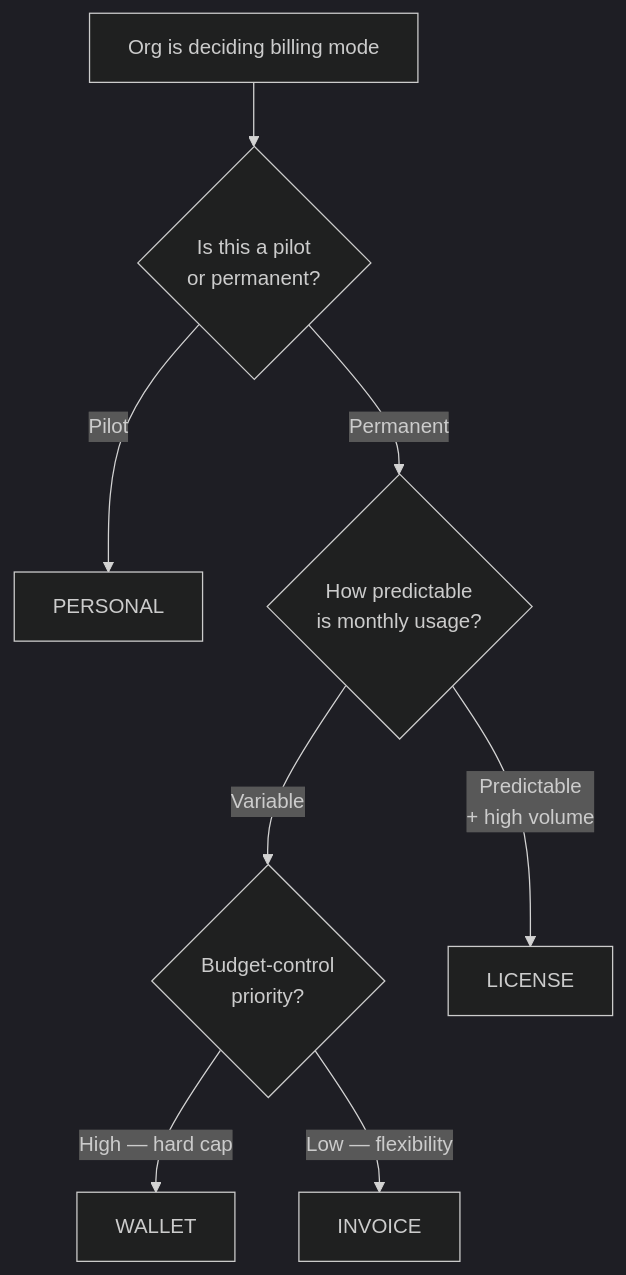
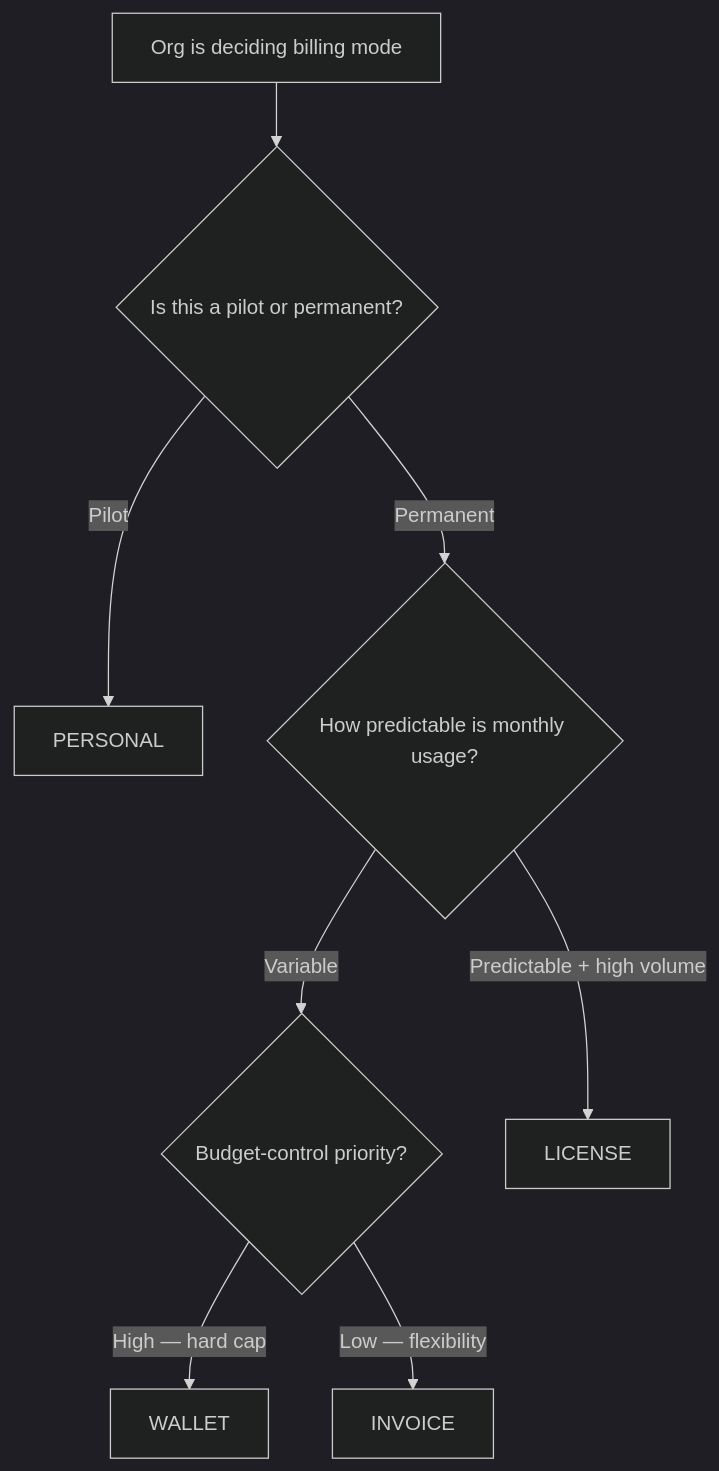
Before and after one commit to Practitionist/familiarise_web: the eighth of 24 diagrams in docs/enterprise/enterprise-complete-guide.md, drawn with Mermaid (dark theme). The commit also changed other lines of this file, not shown here.

First line of the commit message:
fix(enterprise): remove br/ from flowchart node labels

````diff
--- a/docs/enterprise/enterprise-complete-guide.md
+++ b/docs/enterprise/enterprise-complete-guide.md
@@ -552,10 +552,10 @@
 ```mermaid
 flowchart TD
-    Start[Org is deciding billing mode] --> Q1{Is this a pilot<br/>or permanent?}
+    Start[Org is deciding billing mode] --> Q1{Is this a pilot or permanent?}
     Q1 -->|Pilot| PERSONAL
-    Q1 -->|Permanent| Q2{How predictable<br/>is monthly usage?}
-    Q2 -->|Variable| Q3{Budget-control<br/>priority?}
-    Q2 -->|Predictable<br/>+ high volume| LICENSE
+    Q1 -->|Permanent| Q2{How predictable is monthly usage?}
+    Q2 -->|Variable| Q3{Budget-control priority?}
+    Q2 -->|Predictable + high volume| LICENSE
     Q3 -->|High — hard cap| WALLET
     Q3 -->|Low — flexibility| INVOICE
 ```
````
